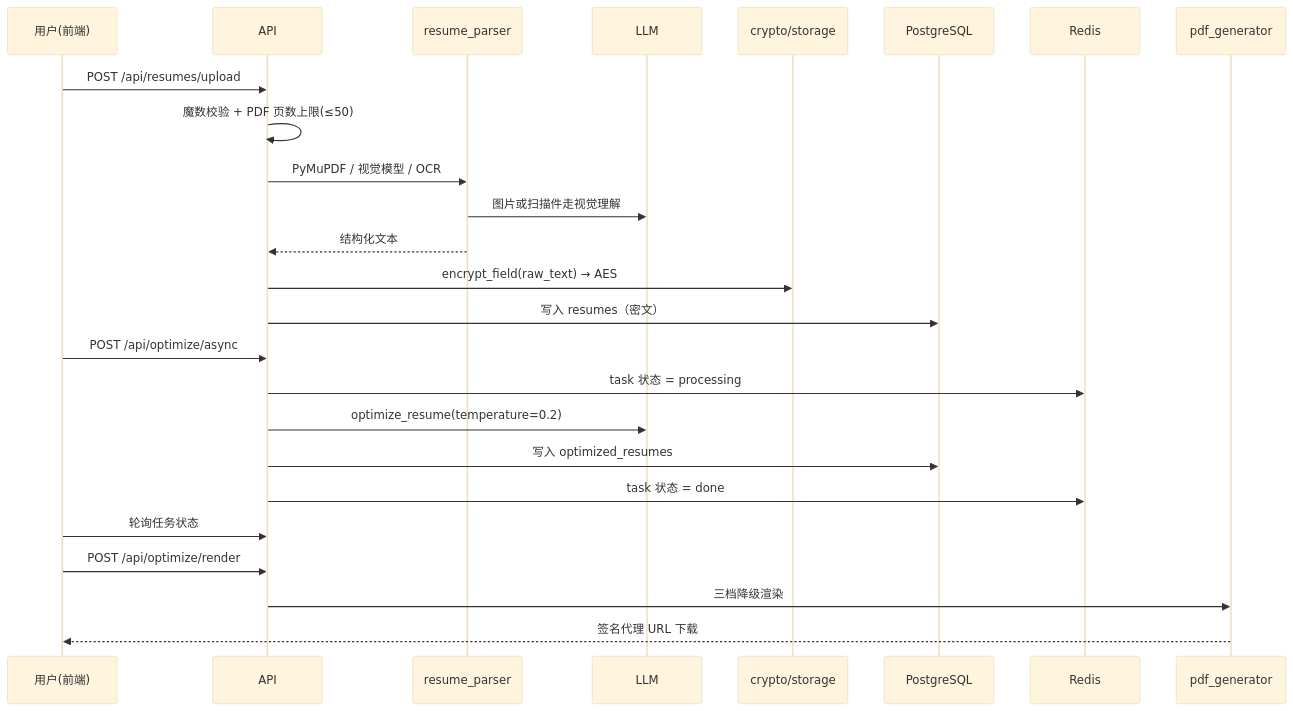
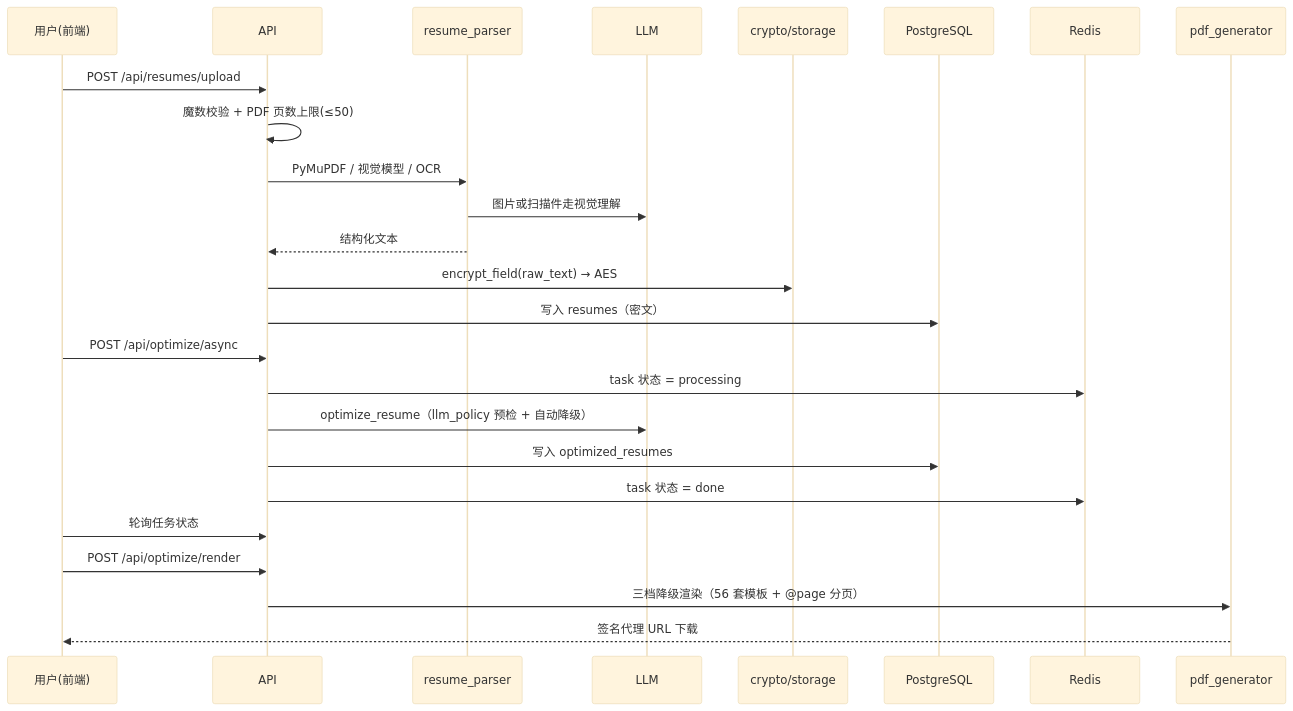
One commit to xfufuxx/SmartResume changed the second of 2 diagrams in PROJECT_OVERVIEW.md. Above: the diagram before and after it, drawn with Mermaid (base theme). The commit also changed other lines of this file, not shown here.

````diff
--- a/PROJECT_OVERVIEW.md
+++ b/PROJECT_OVERVIEW.md
@@ -160,28 +180,28 @@
 ```mermaid
 sequenceDiagram
     participant U as 用户(前端)
     participant A as API
     participant P as resume_parser
     participant L as LLM
     participant C as crypto/storage
     participant DB as PostgreSQL
     participant R as Redis
     participant G as pdf_generator
 
     U->>A: POST /api/resumes/upload
     A->>A: 魔数校验 + PDF 页数上限(≤50)
     A->>P: PyMuPDF / 视觉模型 / OCR
     P->>L: 图片或扫描件走视觉理解
     P-->>A: 结构化文本
     A->>C: encrypt_field(raw_text) → AES
     A->>DB: 写入 resumes（密文）
     U->>A: POST /api/optimize/async
     A->>R: task 状态 = processing
-    A->>L: optimize_resume(temperature=0.2)
+    A->>L: optimize_resume（llm_policy 预检 + 自动降级）
     A->>DB: 写入 optimized_resumes
     A->>R: task 状态 = done
     U->>A: 轮询任务状态
     U->>A: POST /api/optimize/render
-    A->>G: 三档降级渲染
+    A->>G: 三档降级渲染（56 套模板 + @page 分页）
     G-->>U: 签名代理 URL 下载
 ```
````
